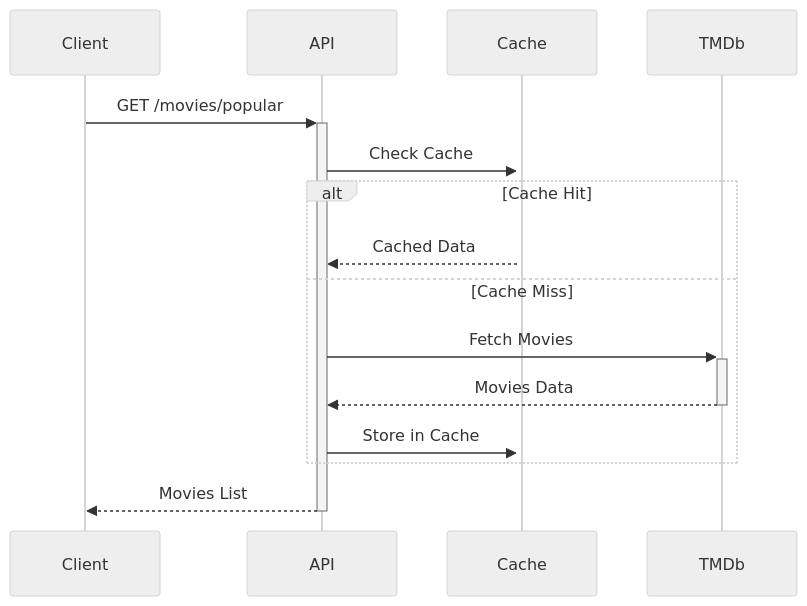
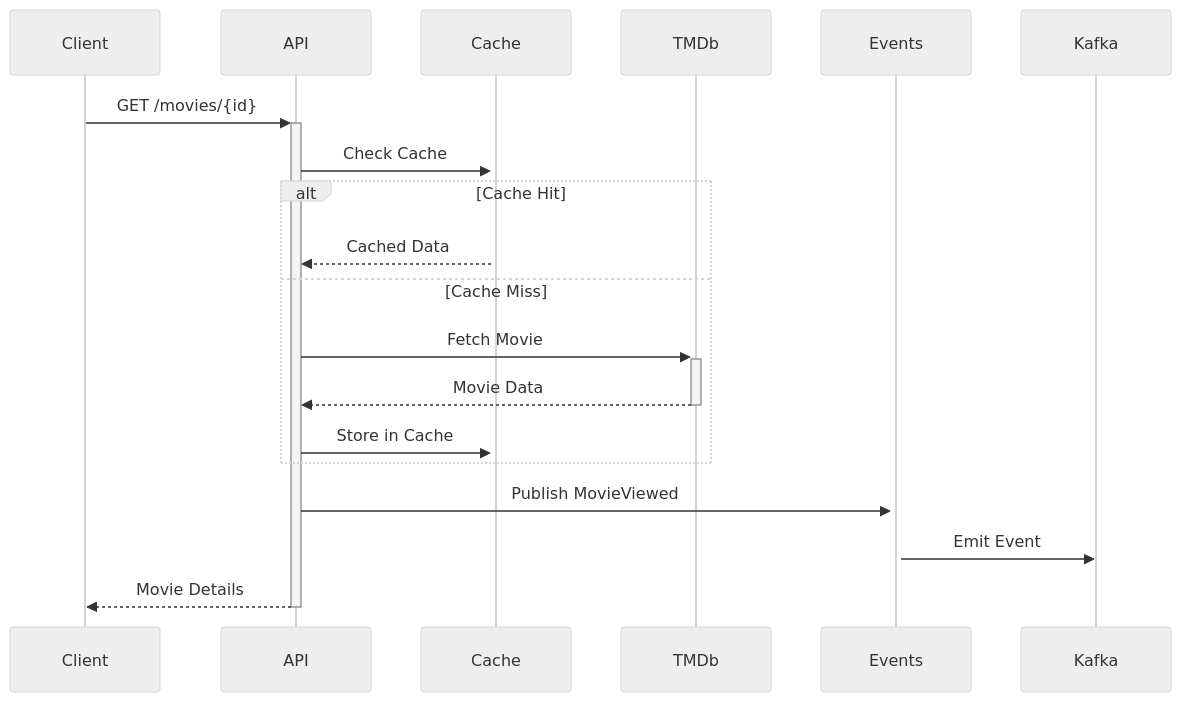
The third of 4 diagrams in docs/ARCHITECTURE.md (igorbrandao18/watch-test-backend), drawn with Mermaid (neutral theme) before and after one commit. The commit also changed other lines of this file and 26 other files, not shown here.

````diff
--- a/docs/ARCHITECTURE.md
+++ b/docs/ARCHITECTURE.md
@@ -104,13 +122,15 @@
 ```mermaid
 sequenceDiagram
-    Client->>+API: GET /movies/popular
+    Client->>+API: GET /movies/{id}
     API->>+Cache: Check Cache
     alt Cache Hit
         Cache-->>API: Cached Data
     else Cache Miss
-        API->>+TMDb: Fetch Movies
-        TMDb-->>-API: Movies Data
+        API->>+TMDb: Fetch Movie
+        TMDb-->>-API: Movie Data
         API->>Cache: Store in Cache
     end
-    API-->>-Client: Movies List
+    API->>+Events: Publish MovieViewed
+    Events->>Kafka: Emit Event
+    API-->>-Client: Movie Details
 ```
````
